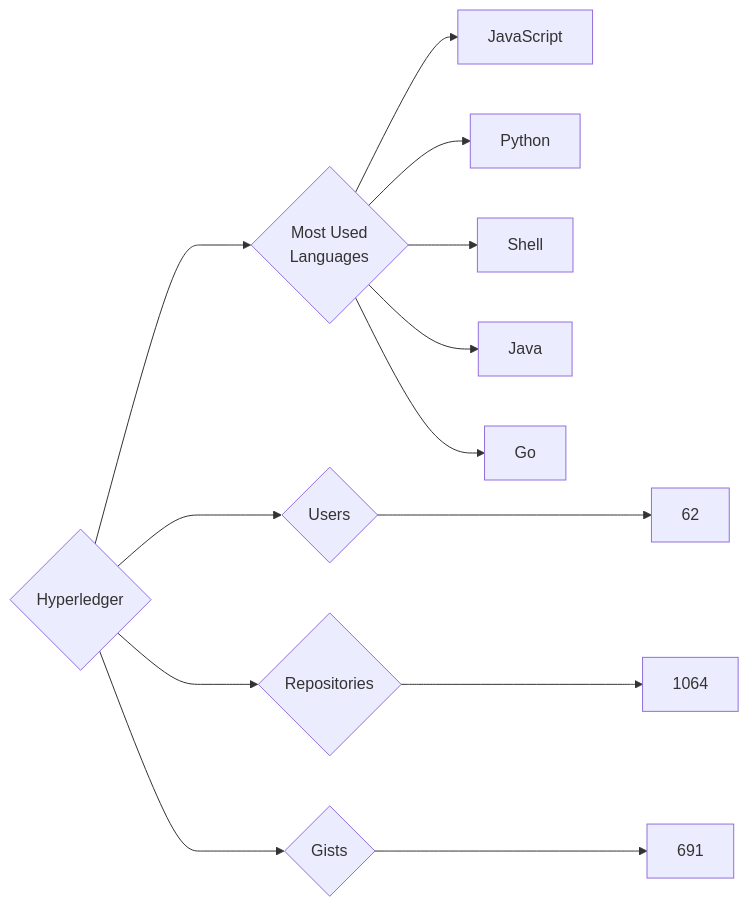
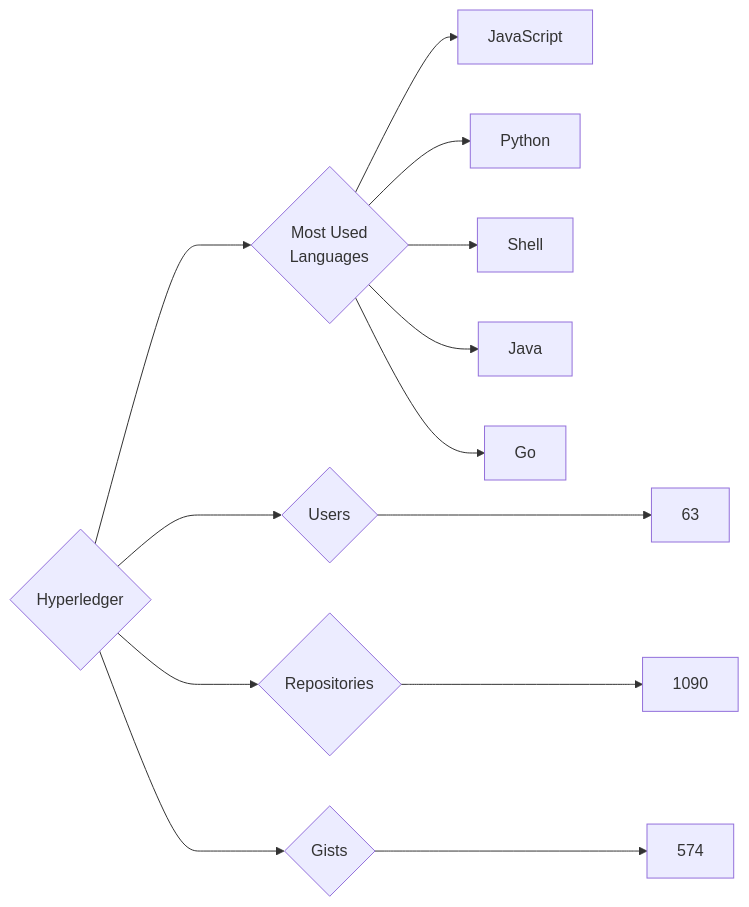
One commit to trickest/insiders changed the diagram in targets/Hyperledger/README.md. Above: the diagram before and after it, drawn with Mermaid. The commit also changed 679 other files, not shown here.

````diff
--- a/targets/Hyperledger/README.md
+++ b/targets/Hyperledger/README.md
@@ -3,13 +3,13 @@
 ```mermaid
 graph LR
 COMPANY_NAME{Hyperledger}
-COMPANY_NAME ---> U{Users} ---> UN[62]
-COMPANY_NAME ---> R{Repositories} ---> RN[1064]
-COMPANY_NAME ---> G{Gists} ---> GN[691]
+COMPANY_NAME ---> U{Users} ---> UN[63]
+COMPANY_NAME ---> R{Repositories} ---> RN[1090]
+COMPANY_NAME ---> G{Gists} ---> GN[574]
 COMPANY_NAME ---> ML{Most Used<br>Languages}
 ML --> JavaScript[JavaScript]
 ML --> Python[Python]
 ML --> Shell[Shell]
 ML --> Java[Java]
 ML --> Go[Go]
 ```
````
